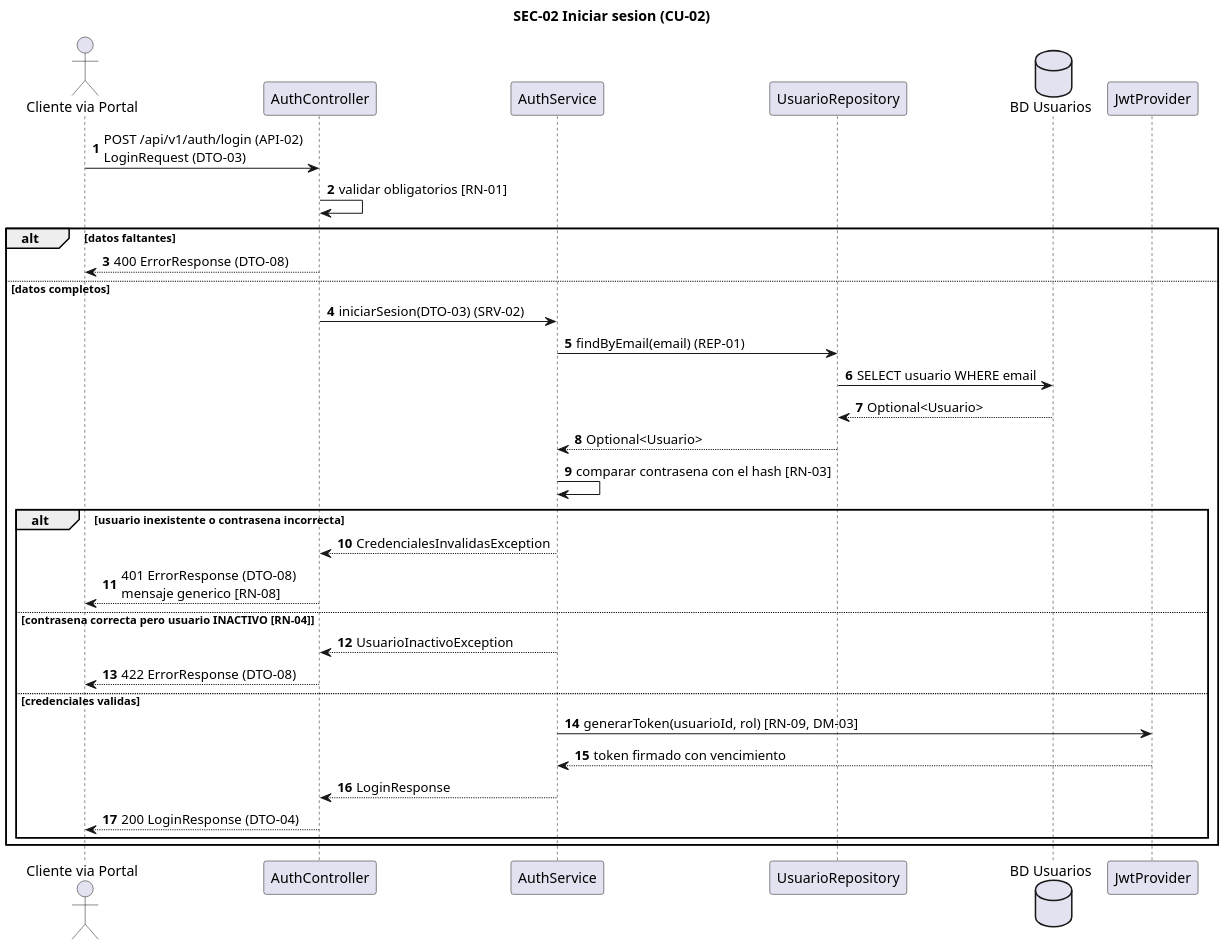
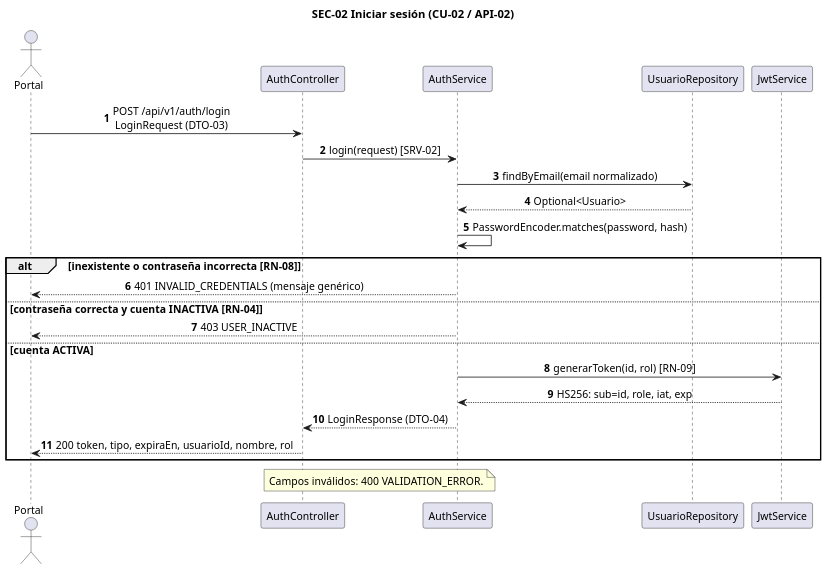
The diagram in doc/Diagramas/SEC-02.puml (CarlaGorgal2002/deliverygo-usuarios-auth), drawn with PlantUML before and after one commit. The commit also changed 50 other files, not shown here.

Commit message:
docs: completar entrega con Postman, diagramas e integraciones verificadas

```diff
--- a/doc/Diagramas/SEC-02.puml
+++ b/doc/Diagramas/SEC-02.puml
@@ -1,35 +1,30 @@
 @startuml SEC-02
-skinparam dpi 170
-title SEC-02 Iniciar sesion (CU-02)
+skinparam dpi 135
+skinparam shadowing false
+skinparam defaultFontName Arial
+skinparam defaultFontSize 13
+skinparam sequenceMessageAlign center
+title SEC-02 Iniciar sesión (CU-02 / API-02)
 autonumber
-actor "Cliente via Portal" as Cliente
-participant "AuthController" as Ctrl
-participant "AuthService" as Srv
-participant "UsuarioRepository" as RepU
-database "BD Usuarios" as BD
-participant "JwtProvider" as Jwt
-Cliente -> Ctrl : POST /api/v1/auth/login (API-02)\nLoginRequest (DTO-03)
-Ctrl -> Ctrl : validar obligatorios [RN-01]
-alt datos faltantes
-  Ctrl --> Cliente : 400 ErrorResponse (DTO-08)
-else datos completos
-  Ctrl -> Srv : iniciarSesion(DTO-03) (SRV-02)
-  Srv -> RepU : findByEmail(email) (REP-01)
-  RepU -> BD : SELECT usuario WHERE email
-  BD --> RepU : Optional<Usuario>
-  RepU --> Srv : Optional<Usuario>
-  Srv -> Srv : comparar contrasena con el hash [RN-03]
-  alt usuario inexistente o contrasena incorrecta
-    Srv --> Ctrl : CredencialesInvalidasException
-    Ctrl --> Cliente : 401 ErrorResponse (DTO-08)\nmensaje generico [RN-08]
-  else contrasena correcta pero usuario INACTIVO [RN-04]
-    Srv --> Ctrl : UsuarioInactivoException
-    Ctrl --> Cliente : 422 ErrorResponse (DTO-08)
-  else credenciales validas
-    Srv -> Jwt : generarToken(usuarioId, rol) [RN-09, DM-03]
-    Jwt --> Srv : token firmado con vencimiento
-    Srv --> Ctrl : LoginResponse
-    Ctrl --> Cliente : 200 LoginResponse (DTO-04)
-  end
+actor Portal
+participant AuthController as C
+participant AuthService as S
+participant UsuarioRepository as R
+participant JwtService as J
+Portal -> C : POST /api/v1/auth/login\nLoginRequest (DTO-03)
+C -> S : login(request) [SRV-02]
+S -> R : findByEmail(email normalizado)
+R --> S : Optional<Usuario>
+S -> S : PasswordEncoder.matches(password, hash)
+alt inexistente o contraseña incorrecta [RN-08]
+ S --> Portal : 401 INVALID_CREDENTIALS (mensaje genérico)
+else contraseña correcta y cuenta INACTIVA [RN-04]
+ S --> Portal : 403 USER_INACTIVE
+else cuenta ACTIVA
+ S -> J : generarToken(id, rol) [RN-09]
+ J --> S : HS256: sub=id, role, iat, exp
+ S --> C : LoginResponse (DTO-04)
+ C --> Portal : 200 token, tipo, expiraEn, usuarioId, nombre, rol
 end
+note over C,S : Campos inválidos: 400 VALIDATION_ERROR.
 @enduml
```
